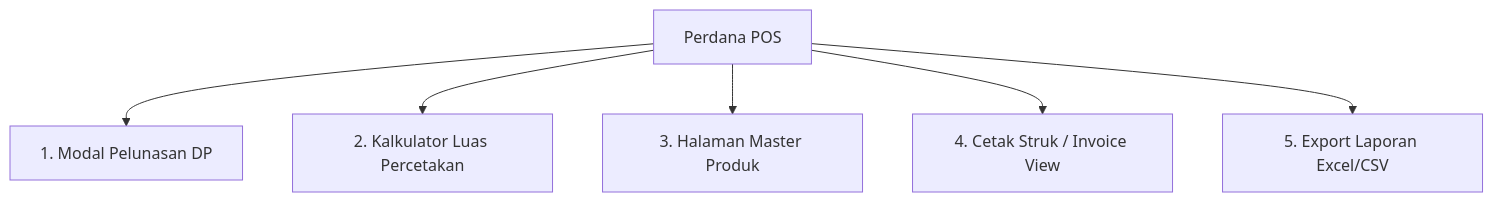
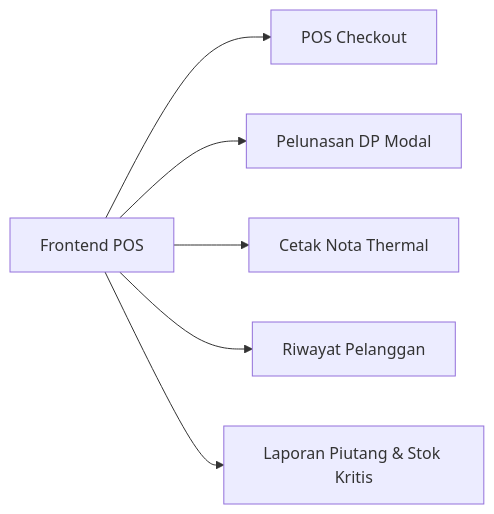
The diagram in requirements/rekomendasi_pengembangan.md (dika1005/perdana), drawn with Mermaid before and after one commit. The commit also changed other lines of this file and 16 other files, not shown here.

````diff
--- a/requirements/rekomendasi_pengembangan.md
+++ b/requirements/rekomendasi_pengembangan.md
@@ -39,8 +76,8 @@
 ```mermaid
-graph TD
-    A[Perdana POS] --> B[1. Modal Pelunasan DP]
-    A --> C[2. Kalkulator Luas Percetakan]
-    A --> D[3. Halaman Master Produk]
-    A --> E[4. Cetak Struk / Invoice View]
-    A --> F[5. Export Laporan Excel/CSV]
+graph LR
+    A[Frontend POS] --> B[POS Checkout]
+    A --> C[Pelunasan DP Modal]
+    A --> D[Cetak Nota Thermal]
+    A --> E[Riwayat Pelanggan]
+    A --> F[Laporan Piutang & Stok Kritis]
 ```
````
